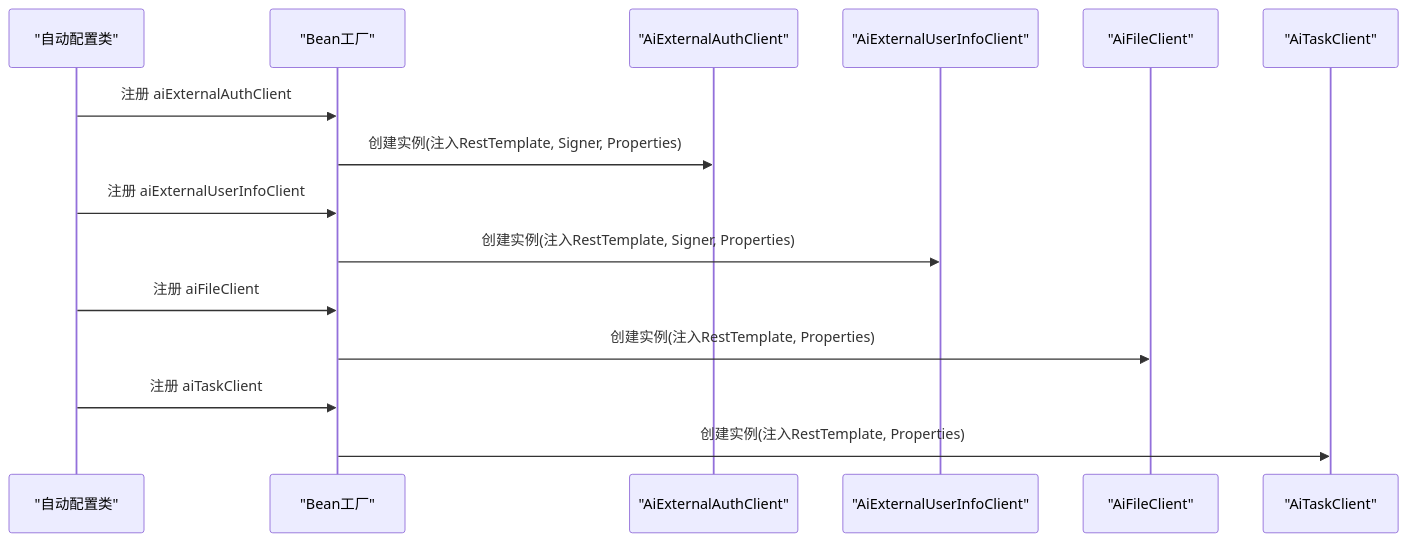
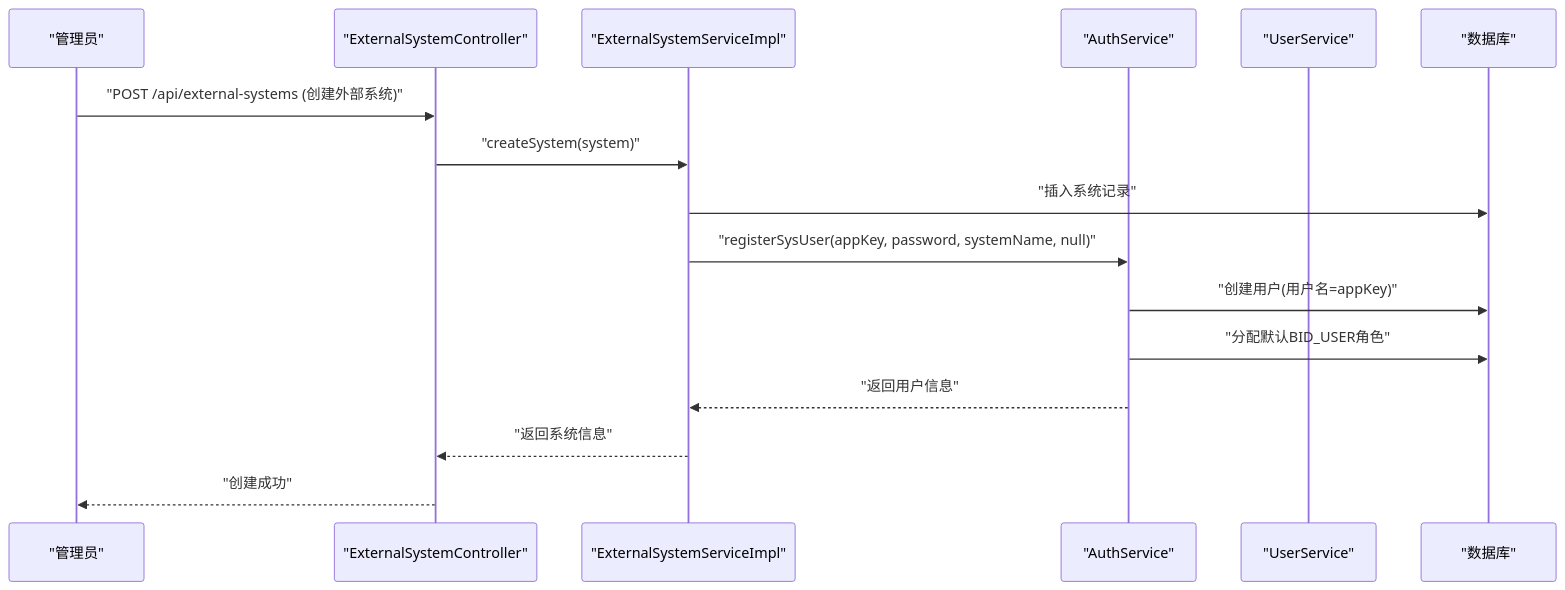
The third of 16 diagrams in .qoder/repowiki/zh/content/后端服务/交互服务 (ele-ai-tender-interaction)/外部系统集成.md (DrunkFood/First), drawn with Mermaid before and after one commit. The commit also changed other lines of this file and 93 other files, not shown here.

````diff
--- a/.qoder/repowiki/zh/content/后端服务/交互服务 (ele-ai-tender-interaction)/外部系统集成.md
+++ b/.qoder/repowiki/zh/content/后端服务/交互服务 (ele-ai-tender-interaction)/外部系统集成.md
@@ -172,17 +134,18 @@
 ```mermaid
 sequenceDiagram
-participant Config as "自动配置类"
-participant BeanFactory as "Bean工厂"
-participant AuthClient as "AiExternalAuthClient"
-participant UserInfoClient as "AiExternalUserInfoClient"
-participant FileClient as "AiFileClient"
-participant TaskClient as "AiTaskClient"
-Config->>BeanFactory : 注册 aiExternalAuthClient
-BeanFactory->>AuthClient : 创建实例(注入RestTemplate, Signer, Properties)
-Config->>BeanFactory : 注册 aiExternalUserInfoClient
-BeanFactory->>UserInfoClient : 创建实例(注入RestTemplate, Signer, Properties)
-Config->>BeanFactory : 注册 aiFileClient
-BeanFactory->>FileClient : 创建实例(注入RestTemplate, Properties)
-Config->>BeanFactory : 注册 aiTaskClient
-BeanFactory->>TaskClient : 创建实例(注入RestTemplate, Properties)
+participant Admin as "管理员"
+participant Controller as "ExternalSystemController"
+participant Service as "ExternalSystemServiceImpl"
+participant AuthService as "AuthService"
+participant UserService as "UserService"
+participant DB as "数据库"
+Admin->>Controller : "POST /api/external-systems (创建外部系统)"
+Controller->>Service : "createSystem(system)"
+Service->>DB : "插入系统记录"
+Service->>AuthService : "registerSysUser(appKey, password, systemName, null)"
+AuthService->>DB : "创建用户(用户名=appKey)"
+AuthService->>DB : "分配默认BID_USER角色"
+AuthService-->>Service : "返回用户信息"
+Service-->>Controller : "返回系统信息"
+Controller-->>Admin : "创建成功"
 ```
````
